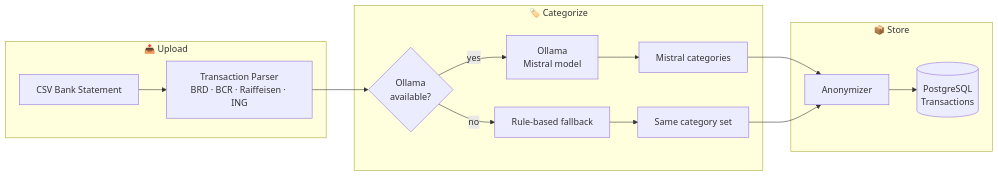
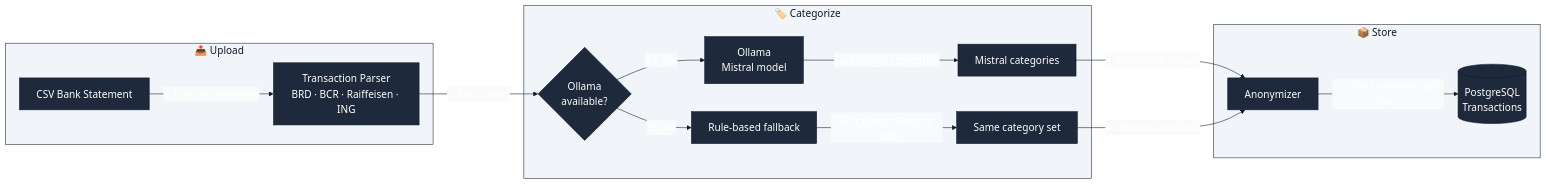
The sixth of 6 diagrams in README.md (adrian-barcan/AIE9-Certification-Challenge), drawn with Mermaid before and after one commit. The commit also changed other lines of this file and 15 other files, not shown here.

Commit message:
feat: Enhance transaction categorization and parsing by adding new income categories and improving CSV parsing logic; update README and documentation for clarity on transaction processing and categorization methods.

````diff
--- a/README.md
+++ b/README.md
@@ -258,27 +263,30 @@
 ```mermaid
+%%{init: {'theme':'base', 'themeVariables': {'primaryColor':'#1e293b','primaryTextColor':'#ffffff','primaryBorderColor':'#0f172a','secondaryColor':'#334155','secondaryTextColor':'#ffffff','secondaryBorderColor':'#0f172a','tertiaryColor':'#475569','tertiaryTextColor':'#ffffff','tertiaryBorderColor':'#0f172a','lineColor':'#0f172a','fontSize':'18px','edgeLabelBackground':'#f8fafc','nodeBorder':'#0f172a','nodeTextColor':'#ffffff','clusterBkg':'#f1f5f9','clusterBorder':'#1e293b','titleColor':'#0f172a'}}}%%
 flowchart LR
     subgraph Upload["📤 Upload"]
         CSV[CSV Bank Statement]
         Parser[Transaction Parser<br/>BRD · BCR · Raiffeisen · ING]
-        CSV --> Parser
+        CSV -->|"1. Upload statement"| Parser
     end
 
     subgraph Categorize["🏷️ Categorize"]
         Check{Ollama<br/>available?}
         OllamaSvc[Ollama<br/>Mistral model]
         Rules[Rule-based fallback]
         Mistral[Mistral categories]
         RuleCats[Same category set]
-        Parser --> Check
-        Check -->|yes| OllamaSvc --> Mistral
-        Check -->|no| Rules --> RuleCats
+        Parser -->|"2. Parse rows"| Check
+        Check -->|"3a. yes"| OllamaSvc
+        OllamaSvc -->|"3a.1 Assign categories"| Mistral
+        Check -->|"3b. no"| Rules
+        Rules -->|"3b.1 Apply category rules"| RuleCats
     end
 
     subgraph Store["📦 Store"]
         Anon[Anonymizer]
         PG_TX[(PostgreSQL<br/>Transactions)]
-        Mistral --> Anon
-        RuleCats --> Anon
-        Anon --> PG_TX
+        Mistral -->|"4. Normalize output"| Anon
+        RuleCats -->|"4. Normalize output"| Anon
+        Anon -->|"5. Store anonymized data"| PG_TX
     end
 ```
````
